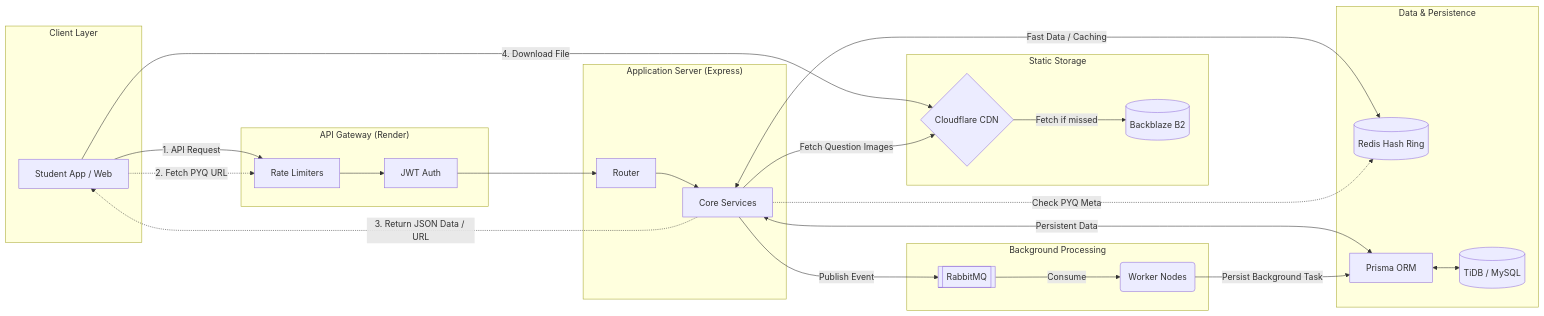
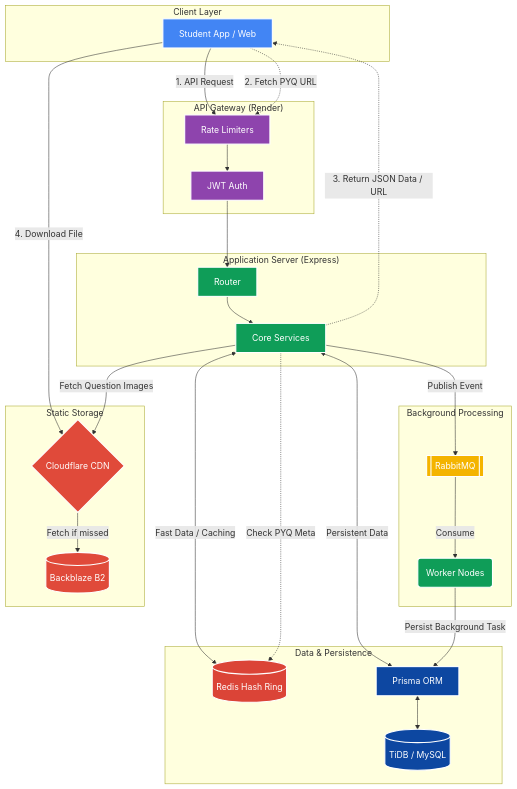
The first of 5 diagrams in README.md (Tanishq112005/JEE-Archive-Mock-Test-Platform), drawn with Mermaid before and after one commit. The commit also changed other lines of this file, not shown here.

````diff
--- a/README.md
+++ b/README.md
@@ -82,64 +82,73 @@
 ```mermaid
-flowchart LR
+flowchart TB
+    %% Styling Classes
+    classDef client fill:#4285F4,stroke:#fff,stroke-width:2px,color:#fff
+    classDef storage fill:#E04A3A,stroke:#fff,stroke-width:2px,color:#fff
+    classDef gateway fill:#8E44AD,stroke:#fff,stroke-width:2px,color:#fff
+    classDef server fill:#0F9D58,stroke:#fff,stroke-width:2px,color:#fff
+    classDef queue fill:#F4B400,stroke:#fff,stroke-width:2px,color:#fff
+    classDef data fill:#0D47A1,stroke:#fff,stroke-width:2px,color:#fff
+    classDef cache fill:#DB4437,stroke:#fff,stroke-width:2px,color:#fff
+
     %% Client Layer
     subgraph Clients ["Client Layer"]
-        Student[Student App / Web]
+        Student[Student App / Web]:::client
+    end
+
+    %% API Gateway & Hosting
+    subgraph Gateway ["API Gateway (Render)"]
+        RL[Rate Limiters]:::gateway
+        Auth[JWT Auth]:::gateway
+    end
+
+    %% Service Layer
+    subgraph AppServer ["Application Server (Express)"]
+        Router[Router]:::server
+        Services[Core Services]:::server
+    end
+
+    %% Data Stores
+    subgraph DataLayer ["Data & Persistence"]
+        Redis[(Redis Hash Ring)]:::cache
+        Prisma[Prisma ORM]:::data
+        DB[(TiDB / MySQL)]:::data
+    end
+
+    %% Async Tasks
+    subgraph AsyncWorker ["Background Processing"]
+        RMQ[[RabbitMQ]]:::queue
+        Workers(Worker Nodes):::server
     end
 
     %% File Storage
     subgraph Storage ["Static Storage"]
-        CF{Cloudflare CDN}
-        B2[(Backblaze B2)]
-    end
-
-    %% API Gateway & Hosting
-    subgraph Gateway ["API Gateway (Render)"]
-        RL[Rate Limiters]
-        Auth[JWT Auth]
-    end
-
-    %% Service Layer
-    subgraph AppServer ["Application Server (Express)"]
-        Router[Router]
-        Services[Core Services]
-    end
-
-    %% Async Tasks
-    subgraph AsyncWorker ["Background Processing"]
-        RMQ[[RabbitMQ]]
-        Workers(Worker Nodes)
-    end
-
-    %% Data Stores
-    subgraph DataLayer ["Data & Persistence"]
-        Redis[(Redis Hash Ring)]
-        Prisma[Prisma ORM]
-        DB[(TiDB / MySQL)]
+        CF{Cloudflare CDN}:::storage
+        B2[(Backblaze B2)]:::storage
     end
 
     %% Primary Request Flow
     Student -->|1. API Request| RL
     RL --> Auth
     Auth --> Router
     Router --> Services
     
     %% Data Flow
     Services <-->|Fast Data / Caching| Redis
     Services <-->|Persistent Data| Prisma
     Prisma <--> DB
     
     %% Async Flow
     Services -->|Publish Event| RMQ
     RMQ -->|Consume| Workers
     Workers -->|Persist Background Task| Prisma
     
     %% PYQ Flow Highlight
     Student -.->|2. Fetch PYQ URL| RL
     Services -.->|Check PYQ Meta| Redis
     Services -.->|3. Return JSON Data / URL| Student
     Student -->|4. Download File| CF
     
     %% Internal Image Fetching
     Services -->|Fetch Question Images| CF
     CF -->|Fetch if missed| B2
 ```
````
